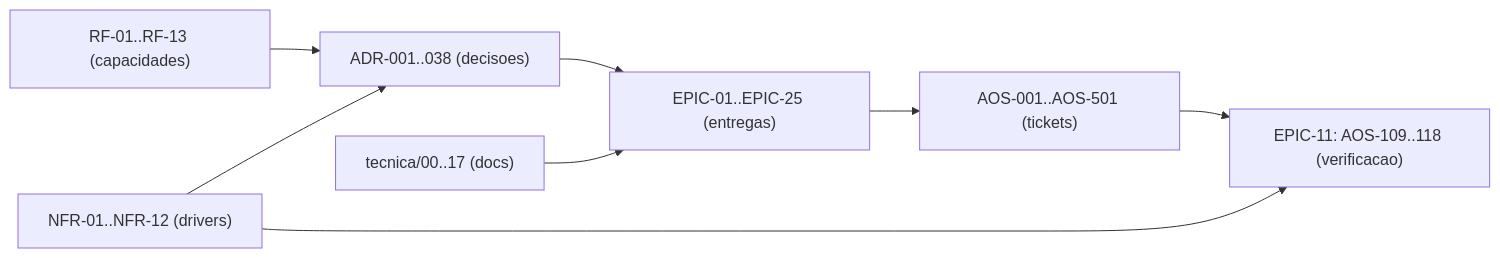
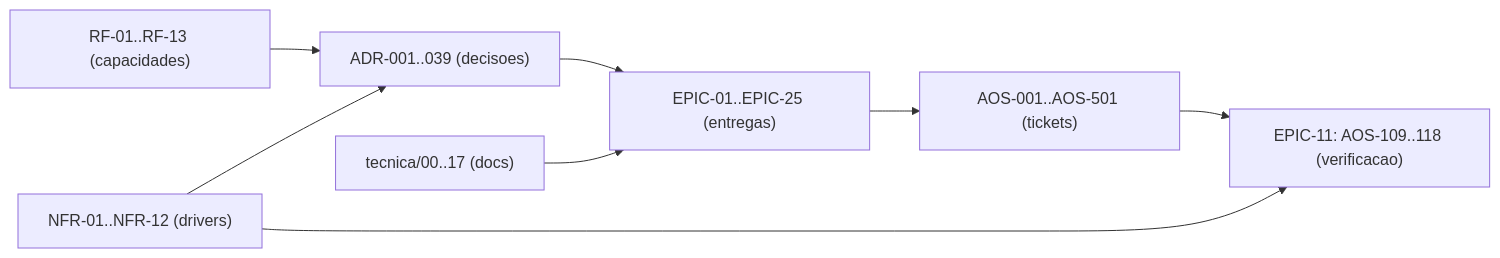
The diagram in tecnica/16_Rastreabilidade_RTM.md (albinoJimy/aos), drawn with Mermaid before and after one commit. The commit also changed other lines of this file and 21 other files, not shown here.

````diff
--- a/tecnica/16_Rastreabilidade_RTM.md
+++ b/tecnica/16_Rastreabilidade_RTM.md
@@ -206,10 +207,10 @@
 ```mermaid
 flowchart LR
-    RF["RF-01..RF-13 (capacidades)"] --> ADR["ADR-001..038 (decisoes)"]
+    RF["RF-01..RF-13 (capacidades)"] --> ADR["ADR-001..039 (decisoes)"]
     NFR["NFR-01..NFR-12 (drivers)"] --> ADR
     ADR --> EPIC["EPIC-01..EPIC-25 (entregas)"]
     EPIC --> TICK["AOS-001..AOS-501 (tickets)"]
     DOC["tecnica/00..17 (docs)"] --> EPIC
     TICK --> TEST["EPIC-11: AOS-109..118 (verificacao)"]
     NFR --> TEST
 ```
````
